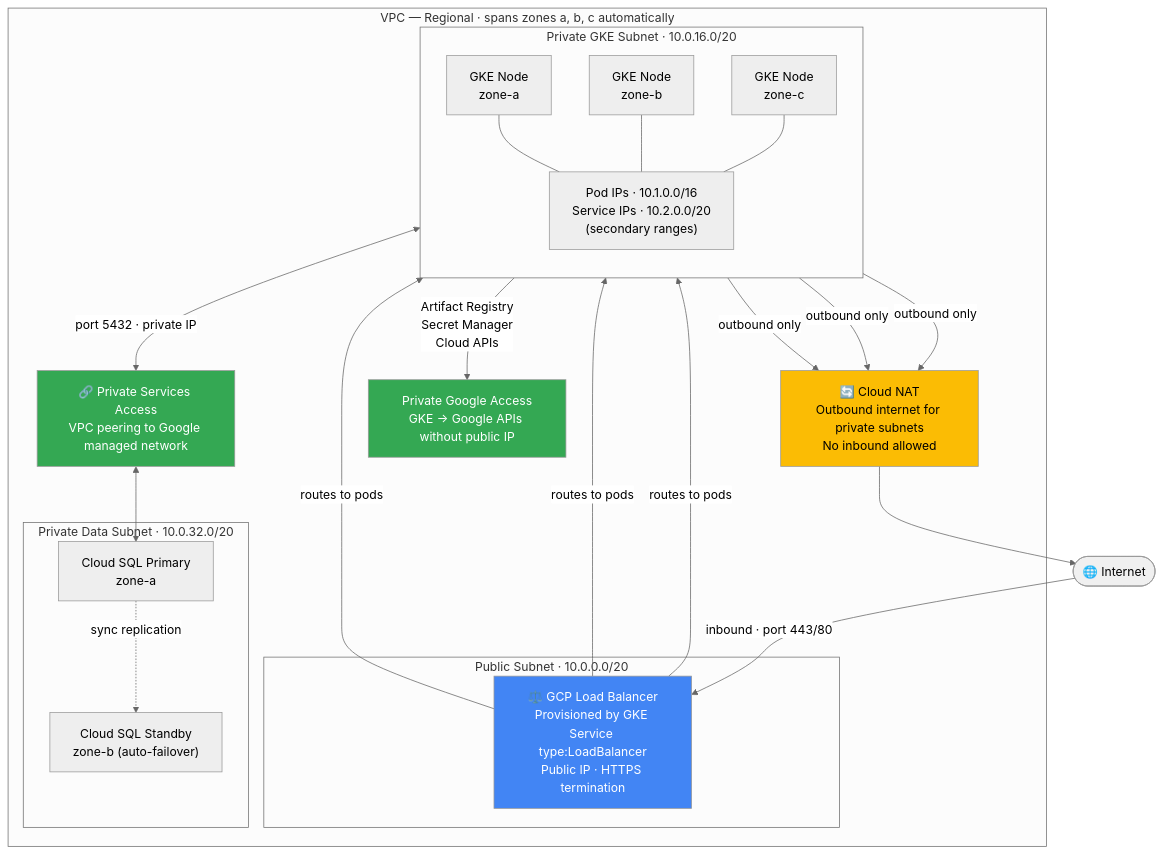
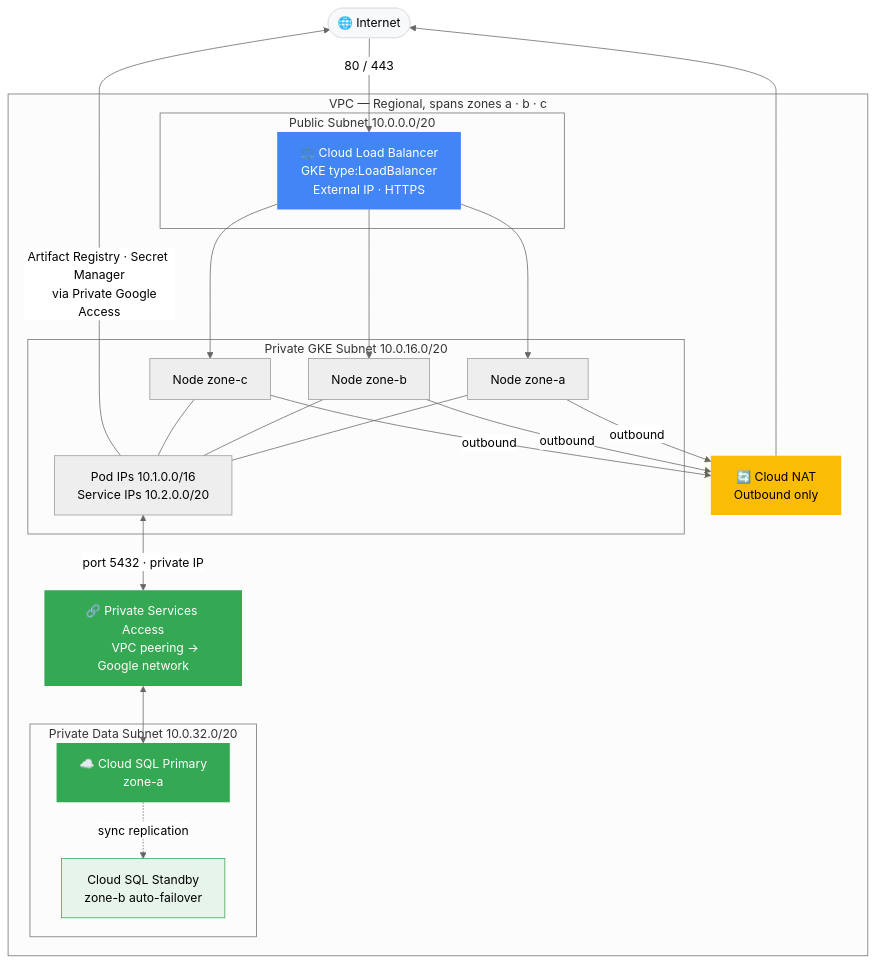
One commit to arpeetk/t-labs changed the third of 4 diagrams in README.md. Above: the diagram before and after it, drawn with Mermaid (neutral theme). The commit also changed other lines of this file, not shown here.

First line of the commit message:
Update README: reflect current architecture, add tld CLI docs

````diff
--- a/README.md
+++ b/README.md
@@ -88,44 +97,47 @@
 ```mermaid
 graph TD
     INTERNET(["🌐 Internet"])
 
-    subgraph VPC["VPC — Regional · spans zones a, b, c automatically"]
+    subgraph VPC["VPC — Regional, spans zones a · b · c"]
 
-        subgraph PUBLIC["Public Subnet · 10.0.0.0/20"]
-            LB["⚖️ GCP Load Balancer<br/>Provisioned by GKE Service type:LoadBalancer<br/>Public IP · HTTPS termination"]
+        subgraph PUB["Public Subnet  10.0.0.0/20"]
+            LB["⚖️ Cloud Load Balancer
+            GKE type:LoadBalancer
+            External IP · HTTPS"]
         end
 
-        subgraph GKE_SUBNET["Private GKE Subnet · 10.0.16.0/20"]
-            direction TB
-            NODE_A["GKE Node<br/>zone-a"]
-            NODE_B["GKE Node<br/>zone-b"]
-            NODE_C["GKE Node<br/>zone-c"]
-            PODS["Pod IPs · 10.1.0.0/16<br/>Service IPs · 10.2.0.0/20<br/>(secondary ranges)"]
+        subgraph GKE_NET["Private GKE Subnet  10.0.16.0/20"]
+            NA["Node zone-a"] & NB["Node zone-b"] & NC["Node zone-c"]
+            PODS["Pod IPs  10.1.0.0/16
+            Service IPs  10.2.0.0/20"]
         end
 
-        subgraph DATA_SUBNET["Private Data Subnet · 10.0.32.0/20"]
-            SQL_P["Cloud SQL Primary<br/>zone-a"]
-            SQL_S["Cloud SQL Standby<br/>zone-b (auto-failover)"]
+        subgraph DATA["Private Data Subnet  10.0.32.0/20"]
+            PG["☁️ Cloud SQL Primary
+            zone-a"]
+            PGST["Cloud SQL Standby
+            zone-b  auto-failover"]
         end
 
-        NAT["🔄 Cloud NAT<br/>Outbound internet for private subnets<br/>No inbound allowed"]
-        PSA["🔗 Private Services Access<br/>VPC peering to Google managed network"]
-        PGA["Private Google Access<br/>GKE → Google APIs without public IP"]
+        NAT["🔄 Cloud NAT
+        Outbound only"]
+        PSA["🔗 Private Services Access
+        VPC peering → Google network"]
     end
 
-    INTERNET -->|"inbound · port 443/80"| LB
-    LB -->|"routes to pods"| NODE_A & NODE_B & NODE_C
-    NODE_A & NODE_B & NODE_C --- PODS
-    NODE_A & NODE_B & NODE_C -->|"outbound only"| NAT
-    NAT --> INTERNET
-    PODS <-->|"port 5432 · private IP"| PSA
-    PSA <--> SQL_P
-    SQL_P -.->|"sync replication"| SQL_S
-    PODS -->|"Artifact Registry<br/>Secret Manager<br/>Cloud APIs"| PGA
+    INTERNET -->|"80 / 443"| LB
+    LB --> NA & NB & NC
+    NA & NB & NC --- PODS
+    NA & NB & NC -->|"outbound"| NAT --> INTERNET
+    PODS <-->|"port 5432 · private IP"| PSA <--> PG
+    PG -.->|"sync replication"| PGST
+    PODS -->|"Artifact Registry · Secret Manager
+    via Private Google Access"| INTERNET
 
-    style INTERNET fill:#f0f0f0
-    style LB fill:#4285F4,color:#fff
-    style NAT fill:#fbbc04,color:#000
-    style PSA fill:#34a853,color:#fff
-    style PGA fill:#34a853,color:#fff
+    style INTERNET fill:#f8f9fa,stroke:#dee2e6
+    style LB   fill:#4285F4,color:#fff,stroke:none
+    style NAT  fill:#fbbc04,color:#000,stroke:none
+    style PSA  fill:#34a853,color:#fff,stroke:none
+    style PG   fill:#34a853,color:#fff,stroke:none
+    style PGST fill:#e6f4ea,stroke:#34a853
 ```
````
